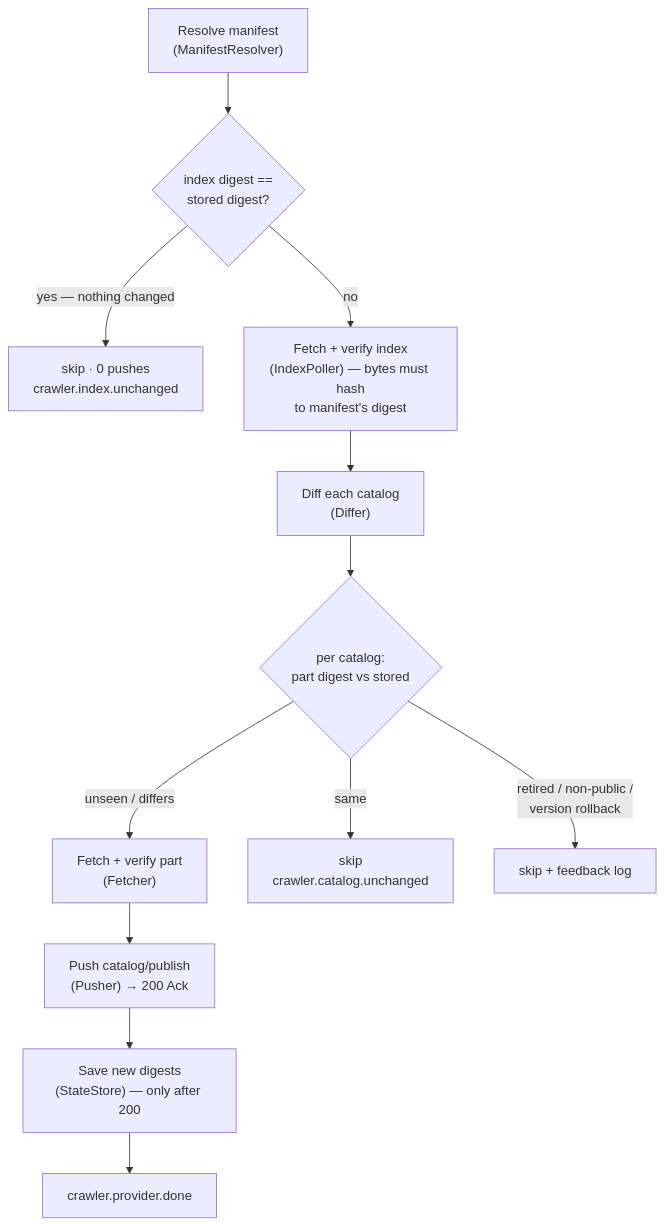
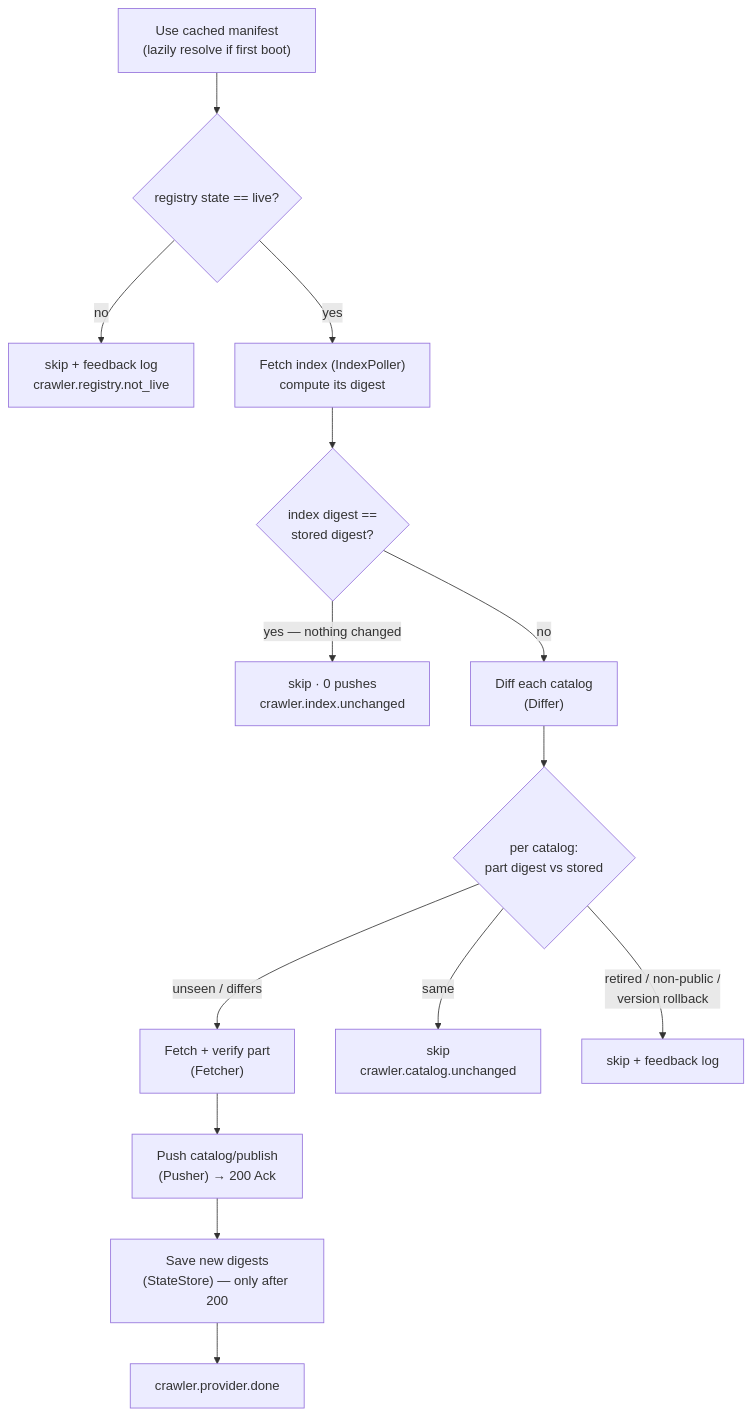
The second of 2 diagrams in crawler/README.md (beckn/beckn-discovr), drawn with Mermaid before and after one commit. The commit also changed other lines of this file and 13 other files, not shown here.

First line of the commit message:
crawler: split into two cadences (manifest daily / index per-minute) + registry state gate

````diff
--- a/crawler/README.md
+++ b/crawler/README.md
@@ -38,14 +51,16 @@
 ```mermaid
 flowchart TD
-    A["Resolve manifest<br/>(ManifestResolver)"] --> B{"index digest ==<br/>stored digest?"}
+    A["Use cached manifest<br/>(lazily resolve if first boot)"] --> S{"registry state == live?"}
+    S -->|"no"| X["skip + feedback log<br/>crawler.registry.not_live"]
+    S -->|"yes"| C["Fetch index (IndexPoller)<br/>compute its digest"]
+    C --> B{"index digest ==<br/>stored digest?"}
     B -->|"yes — nothing changed"| Z["skip · 0 pushes<br/>crawler.index.unchanged"]
-    B -->|"no"| C["Fetch + verify index<br/>(IndexPoller) — bytes must hash<br/>to manifest's digest"]
-    C --> D["Diff each catalog<br/>(Differ)"]
+    B -->|"no"| D["Diff each catalog<br/>(Differ)"]
     D --> E{"per catalog:<br/>part digest vs stored"}
     E -->|"unseen / differs"| F["Fetch + verify part<br/>(Fetcher)"]
     E -->|"same"| G["skip<br/>crawler.catalog.unchanged"]
     E -->|"retired / non-public /<br/>version rollback"| H["skip + feedback log"]
     F --> I["Push catalog/publish<br/>(Pusher) → 200 Ack"]
     I --> J["Save new digests<br/>(StateStore) — only after 200"]
     J --> K["crawler.provider.done"]
 ```
````
